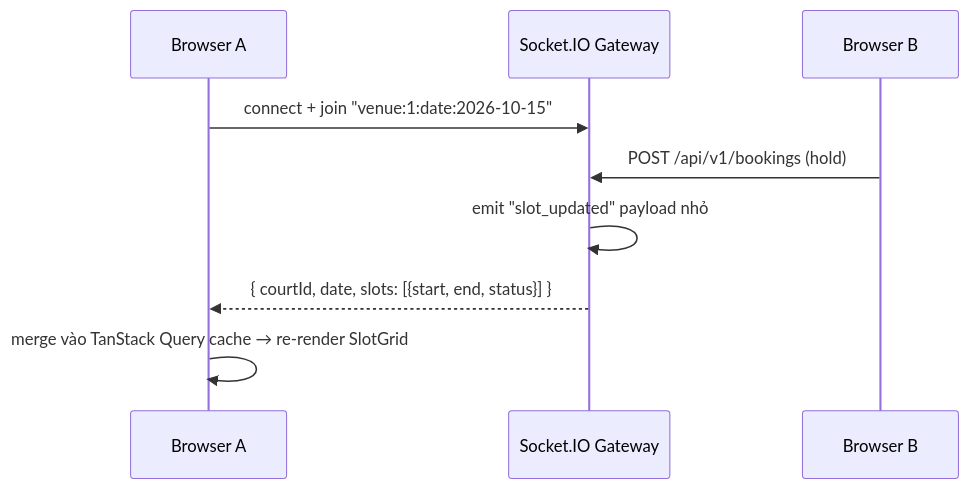
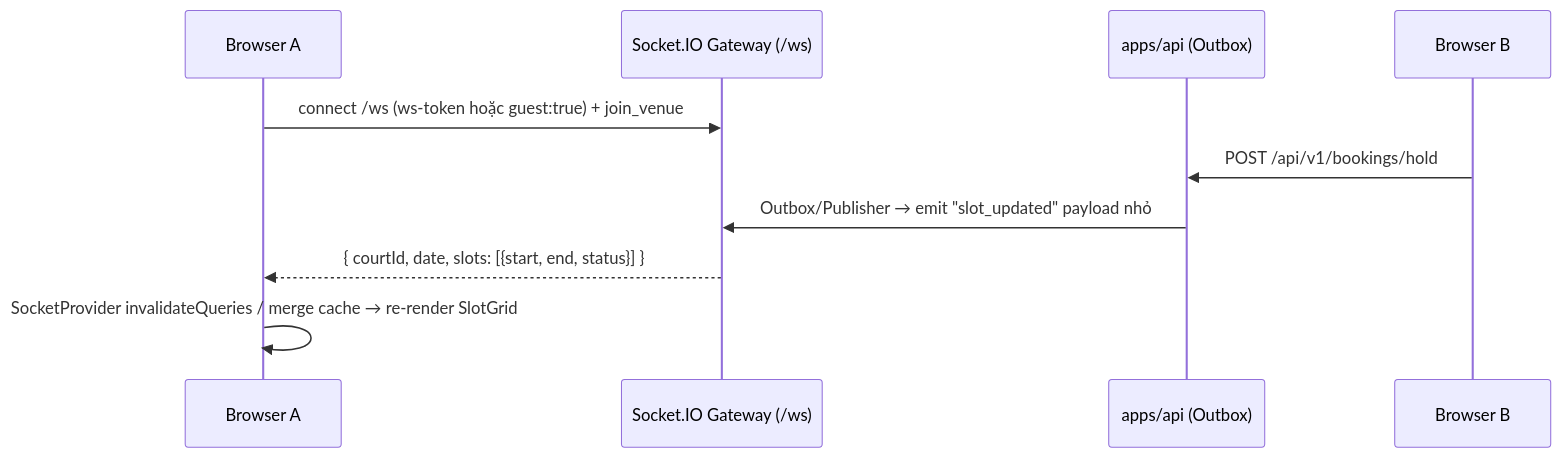
One commit to TuyenTran205/bookSportsCourt changed the third of 3 diagrams in docs/03-architecture.md. Above: the diagram before and after it, drawn with Mermaid. The commit also changed other lines of this file and 26 other files, not shown here.

````diff
--- a/docs/03-architecture.md
+++ b/docs/03-architecture.md
@@ -91,12 +99,13 @@
 ```mermaid
 sequenceDiagram
     participant FE as Browser A
-    participant WS as Socket.IO Gateway
+    participant WS as Socket.IO Gateway (/ws)
+    participant API as apps/api (Outbox)
     participant FE2 as Browser B
 
-    FE->>WS: connect + join "venue:1:date:2026-10-15"
-    FE2->>WS: POST /api/v1/bookings (hold)
-    WS->>WS: emit "slot_updated" payload nhỏ
+    FE->>WS: connect /ws (ws-token hoặc guest:true) + join_venue
+    FE2->>API: POST /api/v1/bookings/hold
+    API->>WS: Outbox/Publisher → emit "slot_updated" payload nhỏ
     WS-->>FE: { courtId, date, slots: [{start, end, status}] }
-    FE->>FE: merge vào TanStack Query cache → re-render SlotGrid
+    FE->>FE: SocketProvider invalidateQueries / merge cache → re-render SlotGrid
 ```
````
